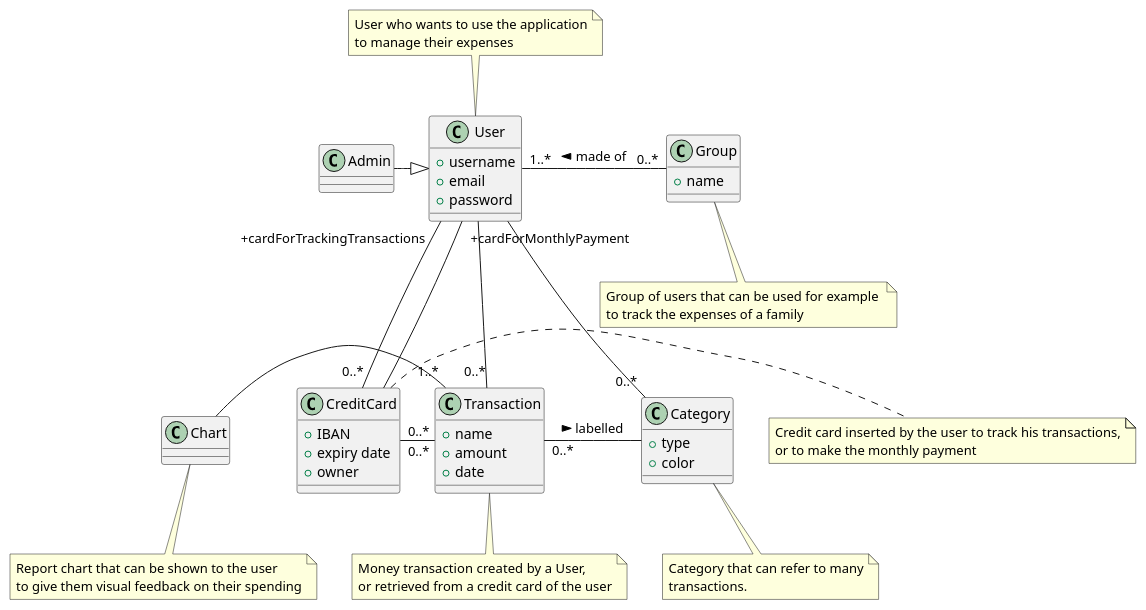
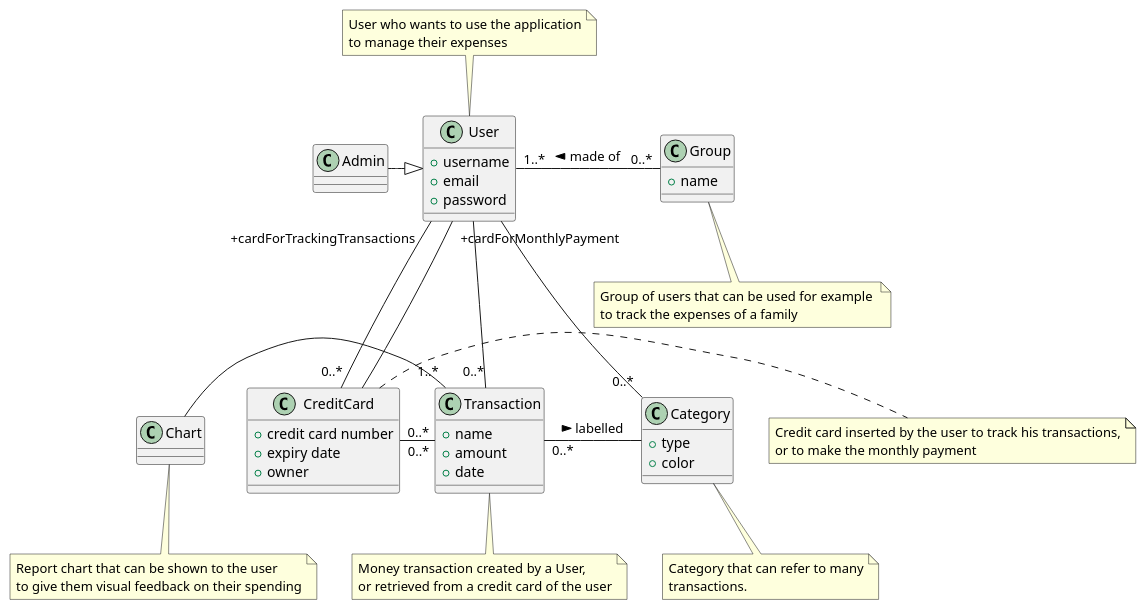
Before and after one commit to lara-m2000/ezwallet: the third of 5 diagrams in RequirementsDocumentV2.md, drawn with PlantUML.

Commit message:
docs: updated glossary

```diff
--- a/RequirementsDocumentV2.md
+++ b/RequirementsDocumentV2.md
@@ -1029,7 +1029,7 @@
 endnote
 
 class CreditCard {
-	+ IBAN
+	+ credit card number
 	+ expiry date
 	+ owner
 }
```
